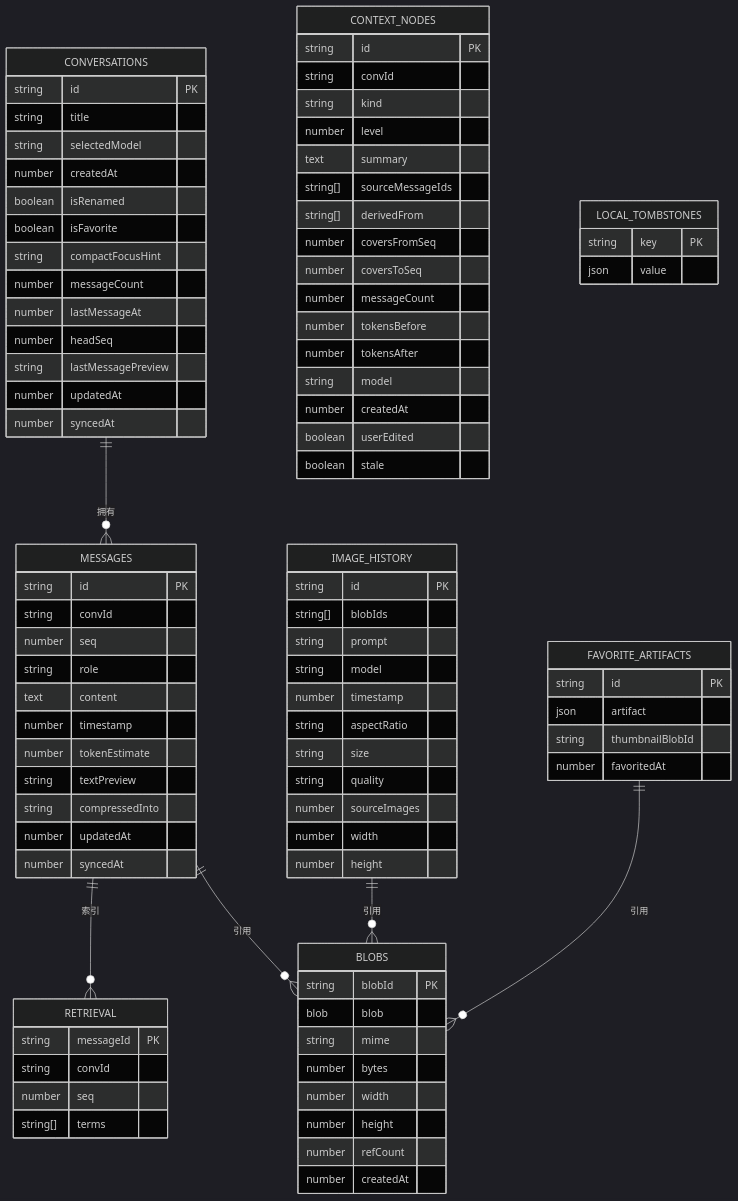
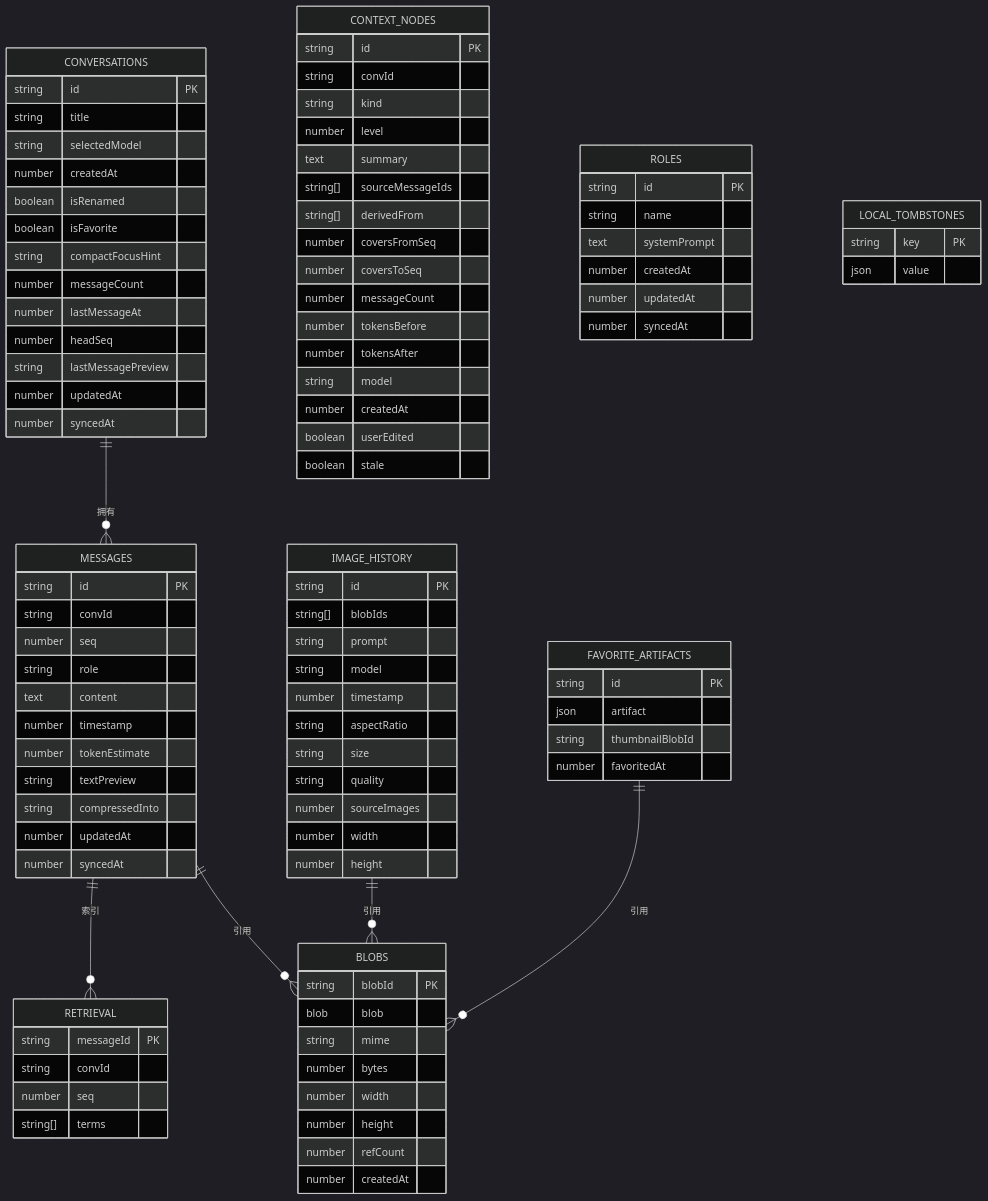
Before and after one commit to billye220670/AIShop: diagram 12 of 12 in .qoder/repowiki/zh/content/数据持久化/数据库层/数据库层.md, drawn with Mermaid (dark theme). The commit also changed other lines of this file and 32 other files, not shown here.

```diff
--- a/.qoder/repowiki/zh/content/数据持久化/数据库层/数据库层.md
+++ b/.qoder/repowiki/zh/content/数据持久化/数据库层/数据库层.md
@@ -581,6 +631,14 @@
 string thumbnailBlobId
 number favoritedAt
 }
+ROLES {
+string id PK
+string name
+text systemPrompt
+number createdAt
+number updatedAt
+number syncedAt
+}
 LOCAL_TOMBSTONES {
 string key PK
 json value
```
